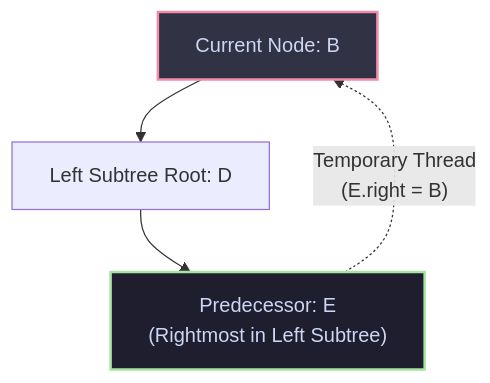
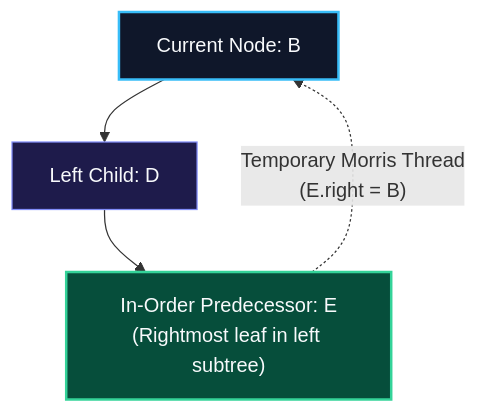
The eighth of 10 diagrams in content/docs/dsa/02-trees-heaps-and-core-patterns/01-binary-trees-and-traversals.mdx (1345AbhishekKumar/cs-cookbook), drawn with Mermaid before and after one commit. The commit also changed other lines of this file and 211 other files, not shown here.

````diff
--- a/content/docs/dsa/02-trees-heaps-and-core-patterns/01-binary-trees-and-traversals.mdx
+++ b/content/docs/dsa/02-trees-heaps-and-core-patterns/01-binary-trees-and-traversals.mdx
@@ -179,13 +366,14 @@
 ```mermaid
 flowchart TD
     Curr["Current Node: B"]
-    LeftSub["Left Subtree Root: D"]
-    Pred["Predecessor: E\n(Rightmost in Left Subtree)"]
+    LeftSub["Left Child: D"]
+    Pred["In-Order Predecessor: E<br/>(Rightmost leaf in left subtree)"]
 
     Curr --> LeftSub
     LeftSub --> Pred
-    Pred -.->|"Temporary Thread\n(E.right = B)"| Curr
+    Pred -.->|"Temporary Morris Thread<br/>(E.right = B)"| Curr
 
-    style Curr fill:#313244,stroke:#f38ba8,stroke-width:2px,color:#cdd6f4
-    style Pred fill:#1e1e2e,stroke:#a6e3a1,stroke-width:2px,color:#cdd6f4
+    style Curr fill:#0f172a,stroke:#38bdf8,stroke-width:2px,color:#f8fafc
+    style LeftSub fill:#1e1b4b,stroke:#818cf8,stroke-width:1px,color:#f8fafc
+    style Pred fill:#064e3b,stroke:#34d399,stroke-width:2px,color:#f8fafc
 ```
````
